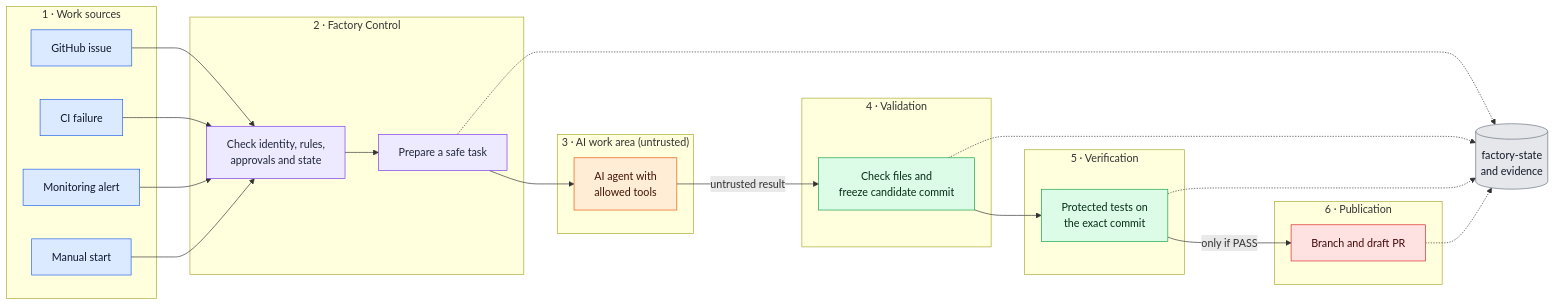
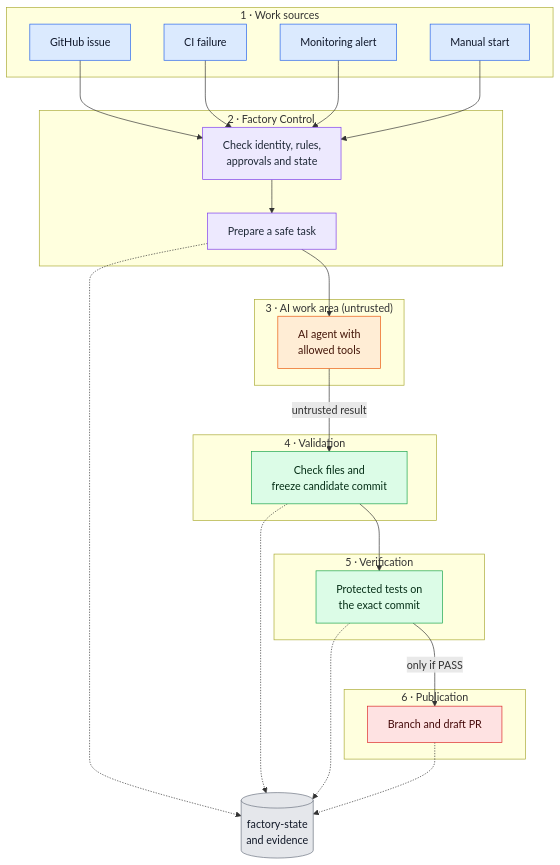
Before and after one commit to mikara89/factory-engineering-portal: the second of 7 diagrams in docs/guide/simple-guide.md, drawn with Mermaid. The commit also changed other lines of this file, not shown here.

Commit message:
docs: improve wide guide diagram layout

````diff
--- a/docs/guide/simple-guide.md
+++ b/docs/guide/simple-guide.md
@@ -145,60 +145,60 @@
 ```mermaid
-flowchart LR
+flowchart TB
     subgraph P1["1 · Work sources"]
         Issue["GitHub issue"]
         CI["CI failure"]
         Alert["Monitoring alert"]
         Manual["Manual start"]
     end
 
     subgraph P2["2 · Factory Control"]
         Check["Check identity, rules,<br/>approvals and state"]
         Prepare["Prepare a safe task"]
     end
 
     subgraph P3["3 · AI work area (untrusted)"]
         Agent["AI agent with<br/>allowed tools"]
     end
 
     subgraph P4["4 · Validation"]
         Freeze["Check files and<br/>freeze candidate commit"]
     end
 
     subgraph P5["5 · Verification"]
         Tests["Protected tests on<br/>the exact commit"]
     end
 
     subgraph P6["6 · Publication"]
         PR["Branch and draft PR"]
     end
 
     State[("factory-state<br/>and evidence")]
 
     Issue --> Check
     CI --> Check
     Alert --> Check
     Manual --> Check
     Check --> Prepare --> Agent
     Agent -->|"untrusted result"| Freeze
     Freeze --> Tests
     Tests -->|"only if PASS"| PR
 
     Prepare -.-> State
     Freeze -.-> State
     Tests -.-> State
     PR -.-> State
 
     classDef source fill:#dbeafe,stroke:#2563eb,color:#0f172a;
     classDef control fill:#ede9fe,stroke:#7c3aed,color:#1f2937;
     classDef agent fill:#ffedd5,stroke:#ea580c,color:#431407;
     classDef verify fill:#dcfce7,stroke:#16a34a,color:#052e16;
     classDef publish fill:#fee2e2,stroke:#dc2626,color:#450a0a;
     classDef infra fill:#e5e7eb,stroke:#6b7280,color:#111827;
 
     class Issue,CI,Alert,Manual source;
     class Check,Prepare control;
     class Agent agent;
     class Freeze,Tests verify;
     class PR publish;
     class State infra;
 ```
````
